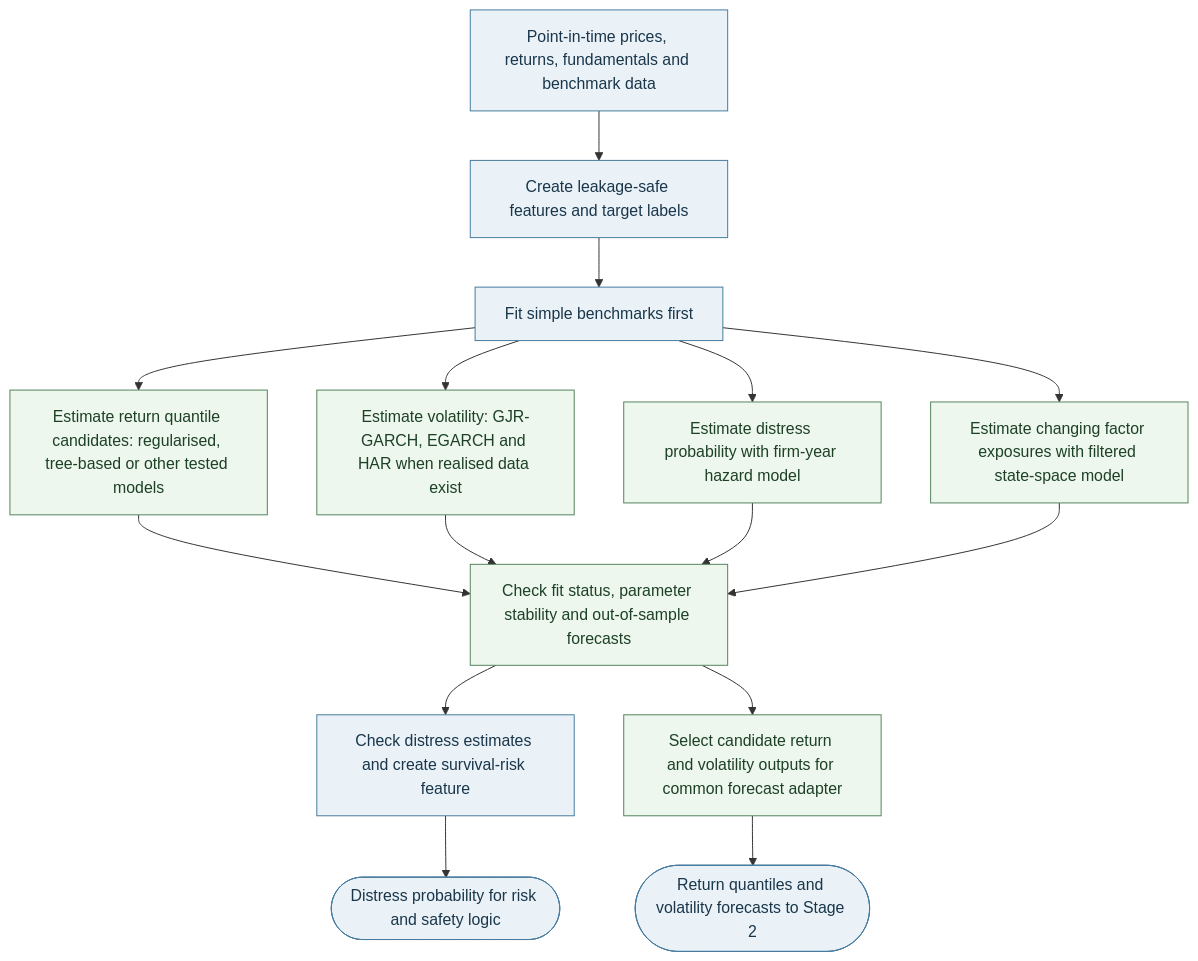
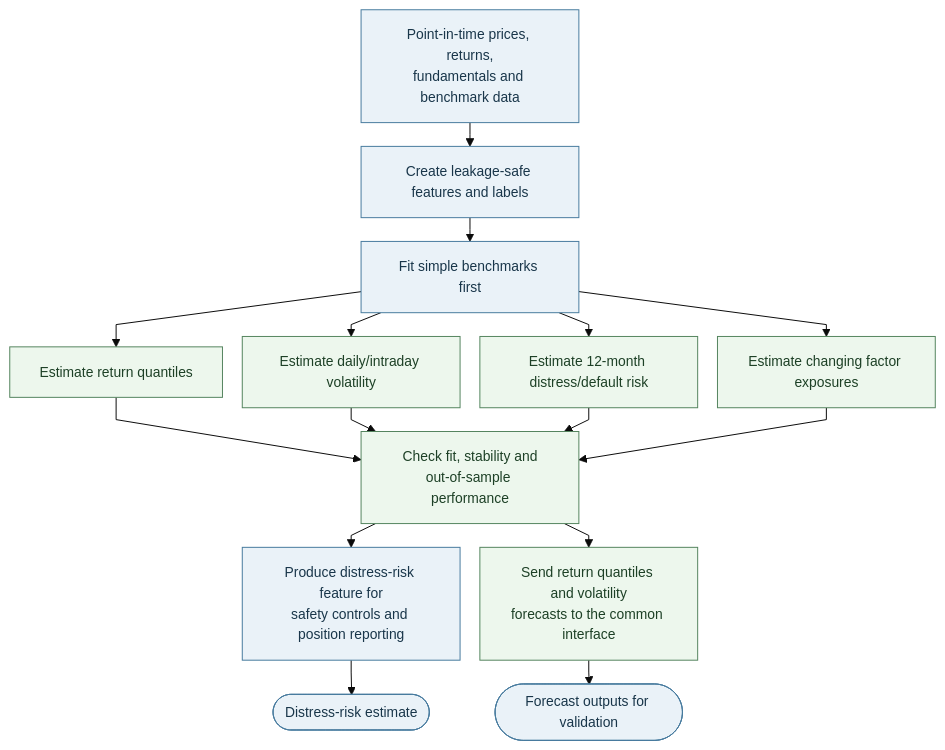
One commit to dannysilverio6-creator/AQP---LSEG changed the sixth of 15 diagrams in AQP OVERVIEW.md. Above: the diagram before and after it, drawn with Mermaid. The commit also changed other lines of this file, not shown here.

````diff
--- a/AQP OVERVIEW.md
+++ b/AQP OVERVIEW.md
@@ -354,24 +374,24 @@
 ```mermaid
+%%{init: {"theme": "base", "flowchart": {"nodeSpacing": 20, "rankSpacing": 24, "wrappingWidth": 160, "diagramPadding": 24, "curve": "linear"}, "themeVariables": {"fontSize": "14px"}}}%%
 flowchart TB
-    A[Point-in-time prices, returns, fundamentals and benchmark data] --> B[Create leakage-safe features and target labels]
+    A["Point-in-time prices, returns,<br/>fundamentals and benchmark data"] --> B[Create leakage-safe features and labels]
     B --> C[Fit simple benchmarks first]
-    C --> D[Estimate return quantile candidates: regularised, tree-based or other tested models]
-    C --> E[Estimate volatility: GJR-GARCH, EGARCH and HAR when realised data exist]
-    C --> F[Estimate distress probability with firm-year hazard model]
-    C --> G[Estimate changing factor exposures with filtered state-space model]
-    D --> H[Check fit status, parameter stability and out-of-sample forecasts]
+    C --> D[Estimate return quantiles]
+    C --> E[Estimate daily/intraday volatility]
+    C --> F[Estimate 12-month distress/default risk]
+    C --> G[Estimate changing factor exposures]
+    D --> H["Check fit, stability and<br/>out-of-sample performance"]
     E --> H
     F --> H
     G --> H
-    H --> I[Check distress estimates and create survival-risk feature]
-    H --> J[Select candidate return and volatility outputs for common forecast adapter]
-    I --> K([Distress probability for risk and safety logic])
-    J --> L([Return quantiles and volatility forecasts to Stage 2])
-
+    H --> I["Produce distress-risk feature for<br/>safety controls and position reporting"]
+    H --> J["Send return quantiles and volatility<br/>forecasts to the common interface"]
+    I --> K([Distress-risk estimate])
+    J --> L([Forecast outputs for validation])
     classDef data fill:#eaf2f8,stroke:#477b9e,color:#19364a;
     classDef model fill:#edf7ed,stroke:#54845e,color:#1d4026;
     classDef output fill:#eaf2f8,stroke:#477b9e,color:#19364a;
     class A,B,C data;
     class D,E,F,G,H,J model;
     class I,K,L output;
 ```
````
